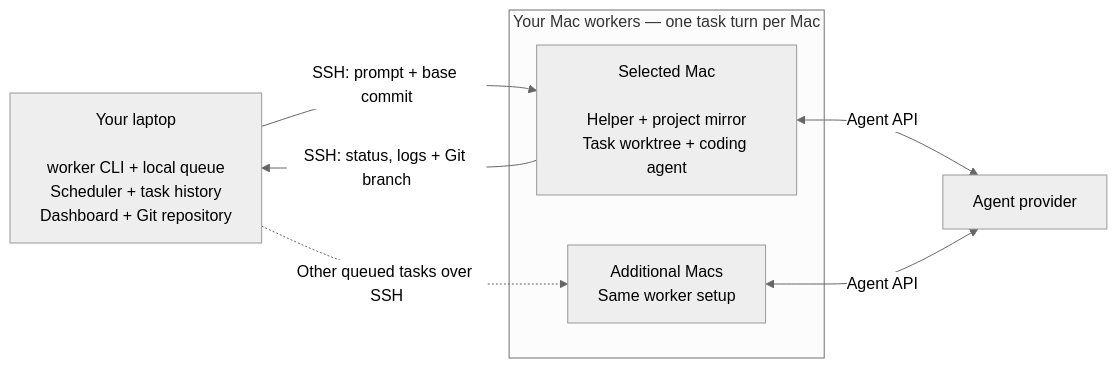
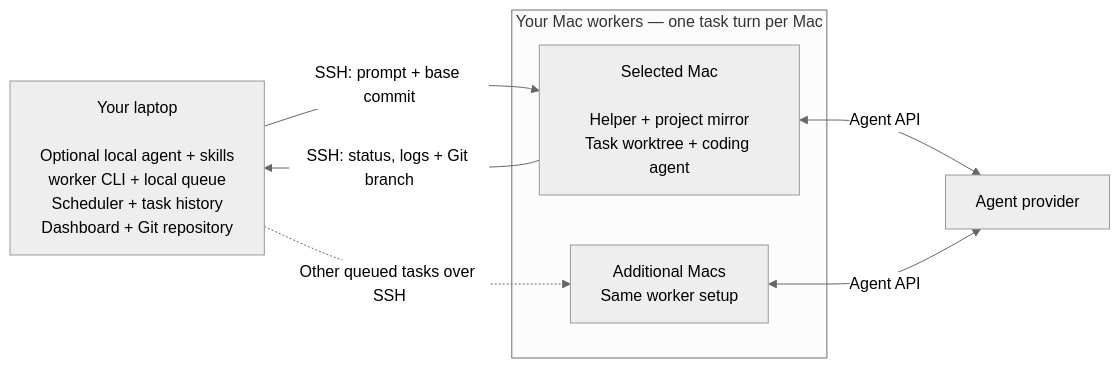
The diagram in README.md (kirchik95/mac-worker), drawn with Mermaid (neutral theme) before and after one commit. The commit also changed other lines of this file, not shown here.

Commit message:
docs: lead README onboarding with laptop agent skills

````diff
--- a/README.md
+++ b/README.md
@@ -127,17 +167,17 @@
 ```mermaid
 flowchart LR
-    laptop["Your laptop<br/><br/>worker CLI + local queue<br/>Scheduler + task history<br/>Dashboard + Git repository"]
+    laptop["Your laptop<br/><br/>Optional local agent + skills<br/>worker CLI + local queue<br/>Scheduler + task history<br/>Dashboard + Git repository"]
 
     subgraph pool["Your Mac workers — one task turn per Mac"]
         selected["Selected Mac<br/><br/>Helper + project mirror<br/>Task worktree + coding agent"]
         others["Additional Macs<br/>Same worker setup"]
     end
 
     provider["Agent provider"]
 
     laptop -->|SSH: prompt + base commit| selected
     selected -->|SSH: status, logs + Git branch| laptop
     laptop -. Other queued tasks over SSH .-> others
     selected <-->|Agent API| provider
     others <-->|Agent API| provider
 ```
````
